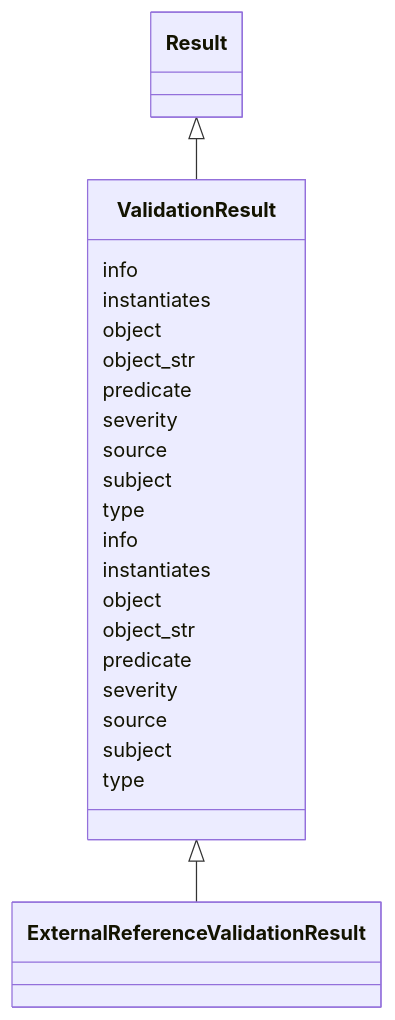
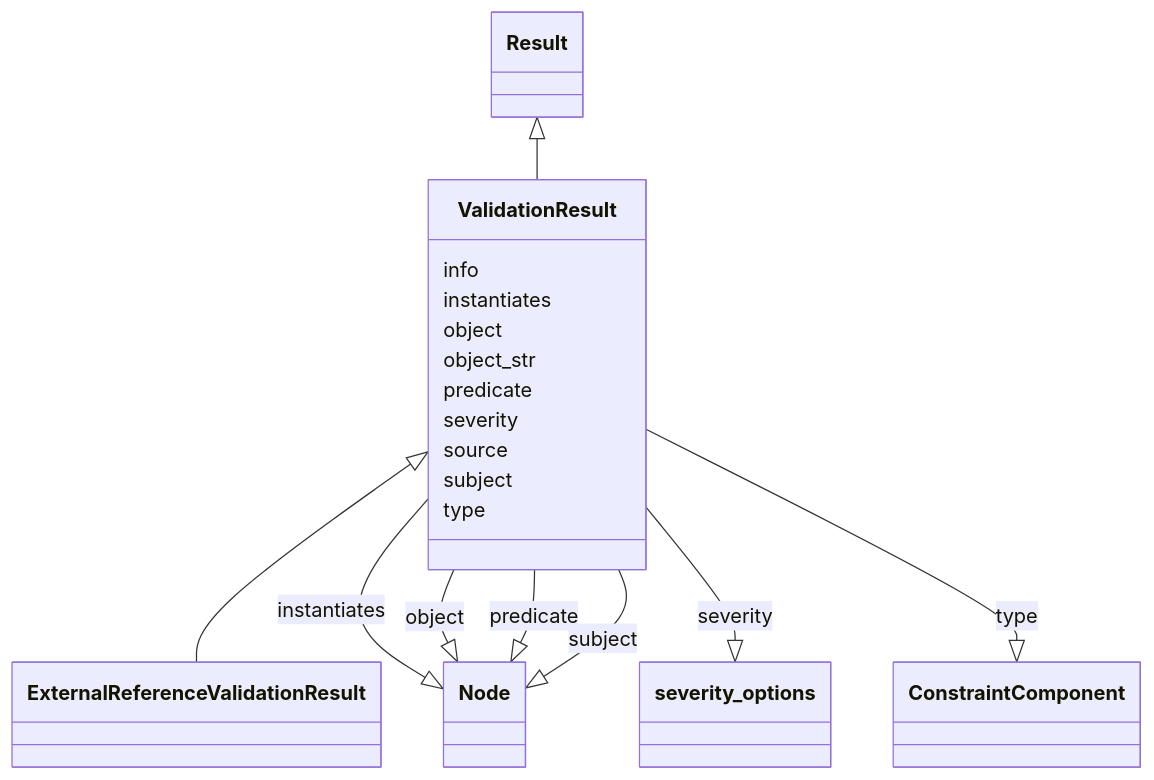
The diagram in validation/ValidationResult.md (cthoyt/ontology-access-kit), drawn with Mermaid before and after one commit. The commit also changed other lines of this file and 3287 other files, not shown here.

````diff
--- a/validation/ValidationResult.md
+++ b/validation/ValidationResult.md
@@ -11,29 +14,41 @@
 ```{mermaid}
  classDiagram
     class ValidationResult
       Result <|-- ValidationResult
       
-      ValidationResult : info
-      ValidationResult : instantiates
-      ValidationResult : object
-      ValidationResult : object_str
-      ValidationResult : predicate
-      ValidationResult : severity
-      ValidationResult : source
-      ValidationResult : subject
-      ValidationResult : type
-      
 
       ValidationResult <|-- ExternalReferenceValidationResult
       
+      
       ValidationResult : info
+        
       ValidationResult : instantiates
+        
+          ValidationResult --|> Node : instantiates
+        
       ValidationResult : object
+        
+          ValidationResult --|> Node : object
+        
       ValidationResult : object_str
+        
       ValidationResult : predicate
+        
+          ValidationResult --|> Node : predicate
+        
       ValidationResult : severity
+        
+          ValidationResult --|> severity_options : severity
+        
       ValidationResult : source
+        
       ValidationResult : subject
+        
+          ValidationResult --|> Node : subject
+        
       ValidationResult : type
+        
+          ValidationResult --|> ConstraintComponent : type
+        
       
 ```
````
